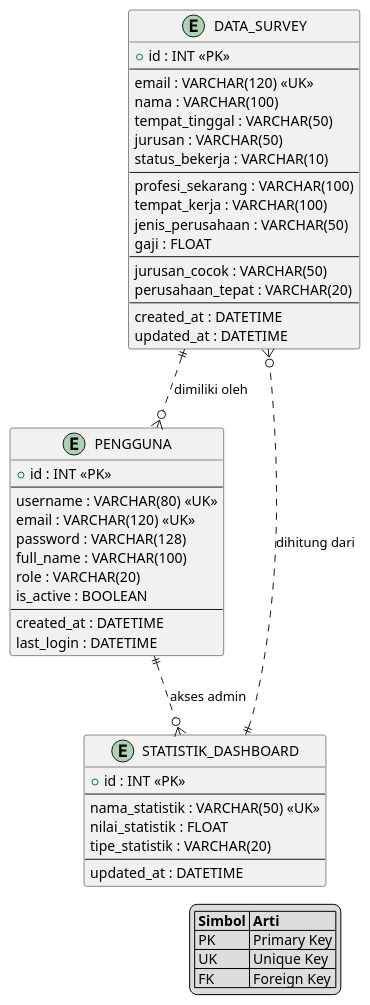
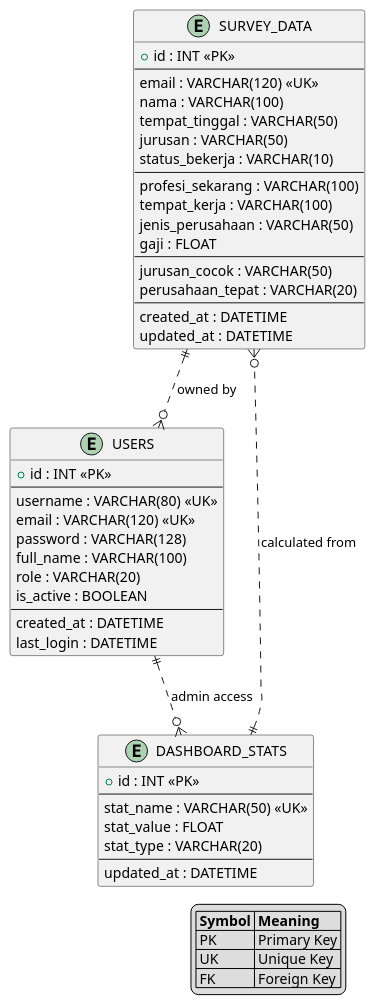
Before and after one commit to aepsaefulloh/Job-Recommend-System: the diagram in diagrams/erd_diagram.puml, drawn with PlantUML. The commit also changed 26 other files, not shown here.

```diff
--- a/diagrams/erd_diagram.puml
+++ b/diagrams/erd_diagram.puml
@@ -2,62 +2,62 @@
-@startuml Diagram ERD - Sistem Rekomendasi Pekerjaan
+@startuml ERD - Job Recommendation System
 
-' Entitas
-entity "DATA_SURVEY" as survey {
+' Entities
+entity "SURVEY_DATA" as survey {
     + id : INT <<PK>>
     --
     email : VARCHAR(120) <<UK>>
     nama : VARCHAR(100)
     tempat_tinggal : VARCHAR(50)
     jurusan : VARCHAR(50)
     status_bekerja : VARCHAR(10)
     --
     profesi_sekarang : VARCHAR(100)
     tempat_kerja : VARCHAR(100)
     jenis_perusahaan : VARCHAR(50)
     gaji : FLOAT
     --
     jurusan_cocok : VARCHAR(50)
     perusahaan_tepat : VARCHAR(20)
     --
     created_at : DATETIME
     updated_at : DATETIME
 }
 
-entity "PENGGUNA" as users {
+entity "USERS" as users {
     + id : INT <<PK>>
     --
     username : VARCHAR(80) <<UK>>
     email : VARCHAR(120) <<UK>>
     password : VARCHAR(128)
     full_name : VARCHAR(100)
     role : VARCHAR(20)
     is_active : BOOLEAN
     --
     created_at : DATETIME
     last_login : DATETIME
 }
 
-entity "STATISTIK_DASHBOARD" as stats {
+entity "DASHBOARD_STATS" as stats {
     + id : INT <<PK>>
     --
-    nama_statistik : VARCHAR(50) <<UK>>
-    nilai_statistik : FLOAT
-    tipe_statistik : VARCHAR(20)
+    stat_name : VARCHAR(50) <<UK>>
+    stat_value : FLOAT
+    stat_type : VARCHAR(20)
     --
     updated_at : DATETIME
 }
 
-' Relasi
-survey ||..o{ users : "dimiliki oleh"
-stats ||..o{ survey : "dihitung dari"
-users ||..o{ stats : "akses admin"
+' Relationships
+survey ||..o{ users : "owned by"
+stats ||..o{ survey : "calculated from"
+users ||..o{ stats : "admin access"
 
-' Legenda
+' Legend
 legend right
-    |= Simbol |= Arti |
+    |= Symbol |= Meaning |
     | PK | Primary Key |
     | UK | Unique Key |
     | FK | Foreign Key |
 endlegend
 
 @enduml
```
